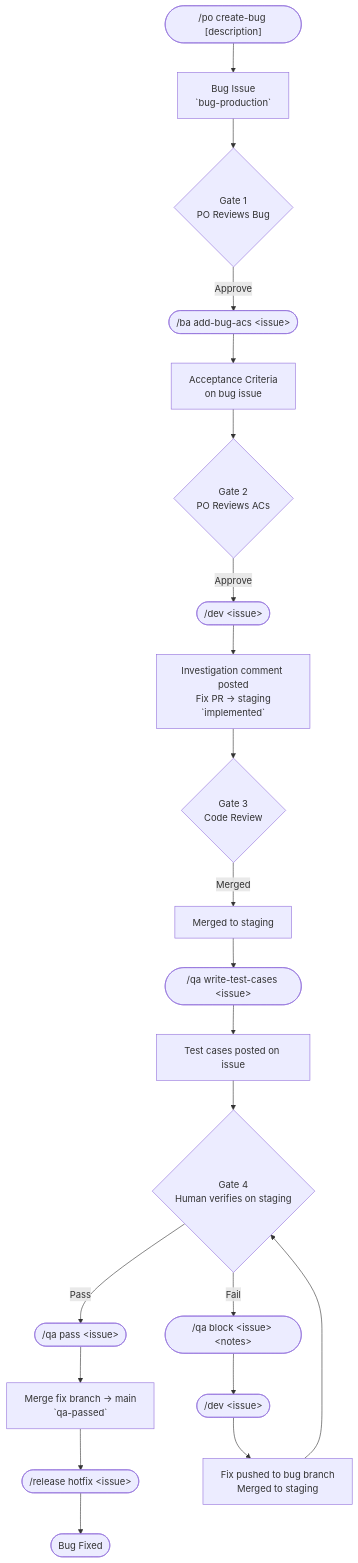
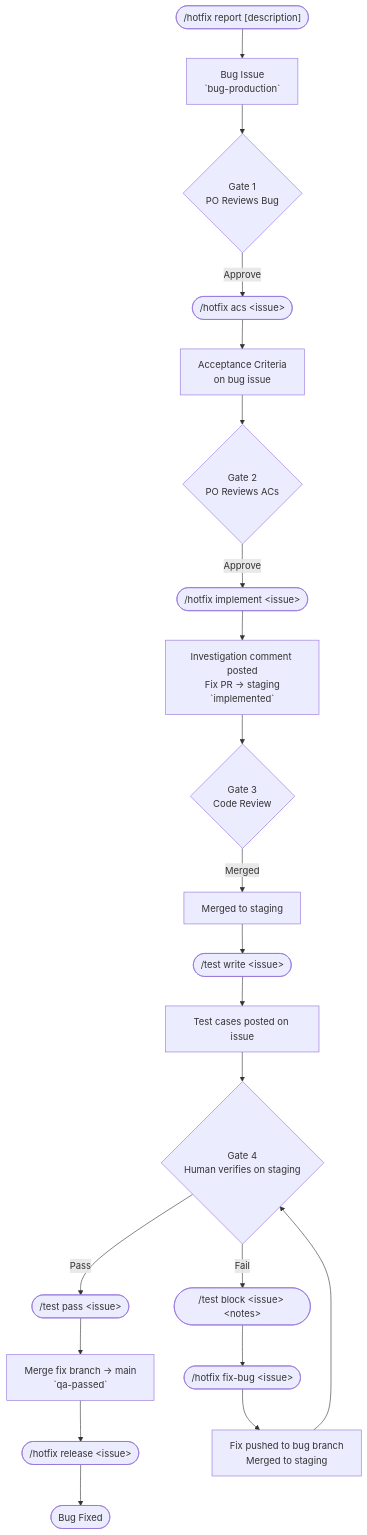
One commit to simpscal/notism changed the third of 6 diagrams in README.md. Above: the diagram before and after it, drawn with Mermaid. The commit also changed other lines of this file and 89 other files, not shown here.

````diff
--- a/README.md
+++ b/README.md
@@ -189,23 +206,23 @@
 ```mermaid
 flowchart TD
-    A(["/po create-bug [description]"]) --> B["Bug Issue\n`bug-production`"]
+    A(["/hotfix report [description]"]) --> B["Bug Issue\n`bug-production`"]
     B --> G1{Gate 1\nPO Reviews Bug}
-    G1 -->|Approve| C(["/ba add-bug-acs &lt;issue&gt;"])
+    G1 -->|Approve| C(["/hotfix acs &lt;issue&gt;"])
     C --> D["Acceptance Criteria\non bug issue"]
     D --> G2{Gate 2\nPO Reviews ACs}
-    G2 -->|Approve| H(["/dev &lt;issue&gt;"])
+    G2 -->|Approve| H(["/hotfix implement &lt;issue&gt;"])
     H --> I["Investigation comment posted\nFix PR → staging\n`implemented`"]
     I --> G3{Gate 3\nCode Review}
     G3 -->|Merged| I2["Merged to staging"]
-    I2 --> QA(["/qa write-test-cases &lt;issue&gt;"])
+    I2 --> QA(["/test write &lt;issue&gt;"])
     QA --> QAH["Test cases posted on issue"]
     QAH --> G4{Gate 4\nHuman verifies on staging}
-    G4 -->|Pass| QP(["/qa pass &lt;issue&gt;"])
+    G4 -->|Pass| QP(["/test pass &lt;issue&gt;"])
     QP --> QP2["Merge fix branch → main\n`qa-passed`"]
-    QP2 --> J(["/release hotfix &lt;issue&gt;"])
+    QP2 --> J(["/hotfix release &lt;issue&gt;"])
     J --> K([Bug Fixed])
-    G4 -->|Fail| QB(["/qa block &lt;issue&gt; &lt;notes&gt;"])
-    QB --> FIX(["/dev &lt;issue&gt;"])
+    G4 -->|Fail| QB(["/test block &lt;issue&gt; &lt;notes&gt;"])
+    QB --> FIX(["/hotfix fix-bug &lt;issue&gt;"])
     FIX --> FIX2["Fix pushed to bug branch\nMerged to staging"]
     FIX2 --> G4
 ```
````
